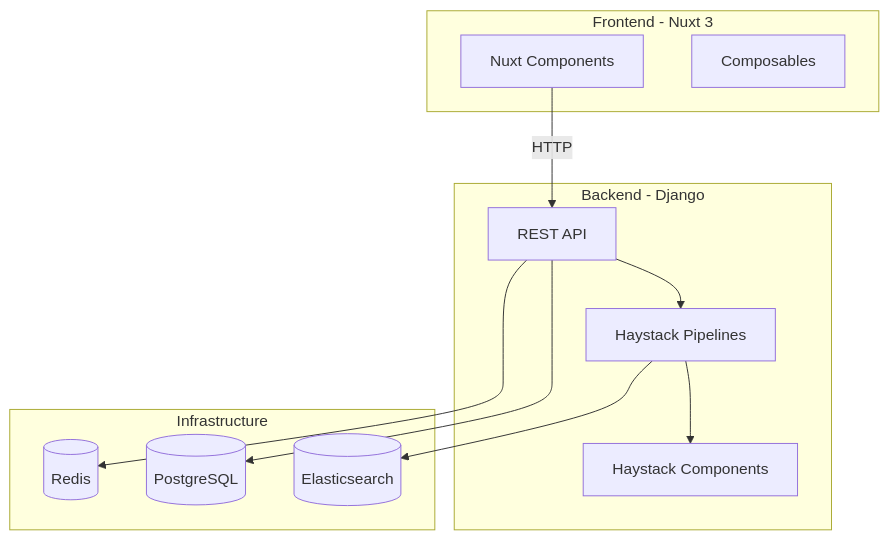
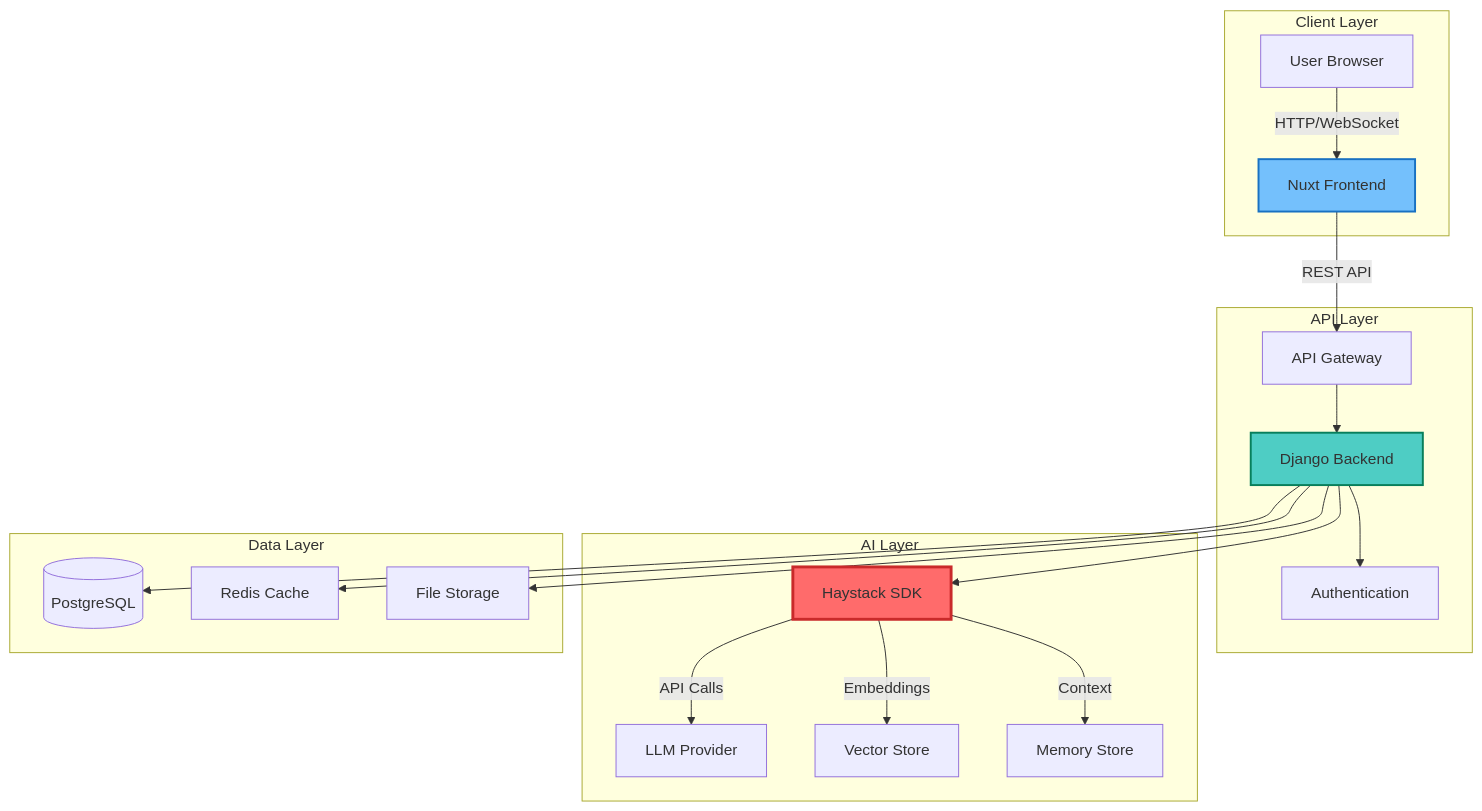
One commit to mk-knight23/AI-SDK-HAYSTACK changed the diagram in README.md. Above: the diagram before and after it, drawn with Mermaid. The commit also changed other lines of this file, not shown here.

````diff
--- a/README.md
+++ b/README.md
@@ -140,26 +332,42 @@
 ```mermaid
 graph TB
-    subgraph "Frontend - Nuxt 3"
-        UI[Nuxt Components]
-        Composables[Composables]
+    subgraph "Client Layer"
+        A[User Browser]
+        B[Nuxt Frontend]
     end
 
-    subgraph "Backend - Django"
-        API[REST API]
-        Pipelines[Haystack Pipelines]
-        Components[Haystack Components]
+    subgraph "API Layer"
+        C[API Gateway]
+        D[Django Backend]
+        E[Authentication]
     end
 
-    subgraph "Infrastructure"
-        PG[(PostgreSQL)]
-        ES[(Elasticsearch)]
-        Redis[(Redis)]
+    subgraph "AI Layer"
+        F[Haystack SDK]
+        G[LLM Provider]
+        H[Vector Store]
+        I[Memory Store]
     end
 
-    UI -->|HTTP| API
-    API --> Pipelines
-    Pipelines --> Components
-    API --> PG
-    Pipelines --> ES
-    API --> Redis
+    subgraph "Data Layer"
+        J[(PostgreSQL)]
+        K[Redis Cache]
+        L[File Storage]
+    end
+
+    A -->|HTTP/WebSocket| B
+    B -->|REST API| C
+    C --> D
+    D --> E
+    D --> F
+    F -->|API Calls| G
+    F -->|Embeddings| H
+    F -->|Context| I
+    D --> J
+    D --> K
+    D --> L
+
+    style F fill:#ff6b6b,stroke:#c92a2a,stroke-width:3px
+    style D fill:#4ecdc4,stroke:#087f5b,stroke-width:2px
+    style B fill:#74c0fc,stroke:#1971c2,stroke-width:2px
 ```
````
